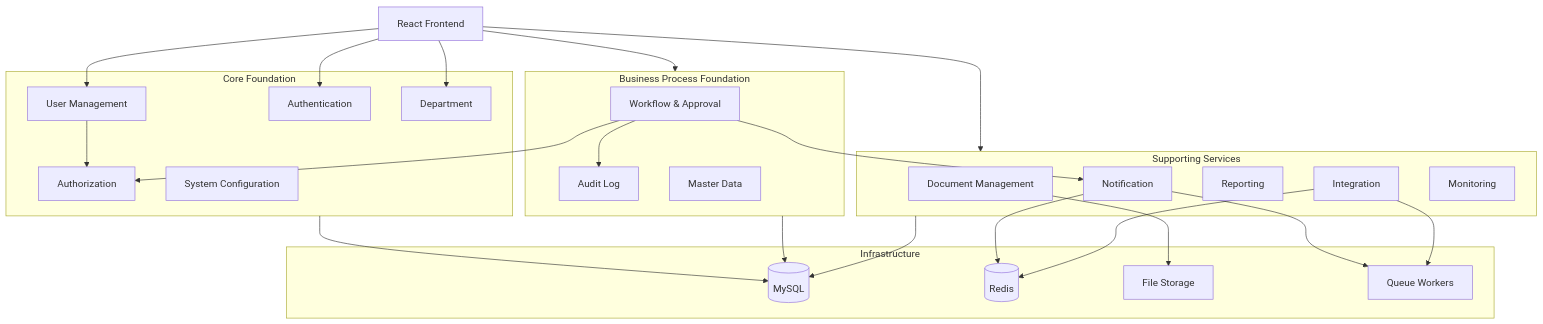
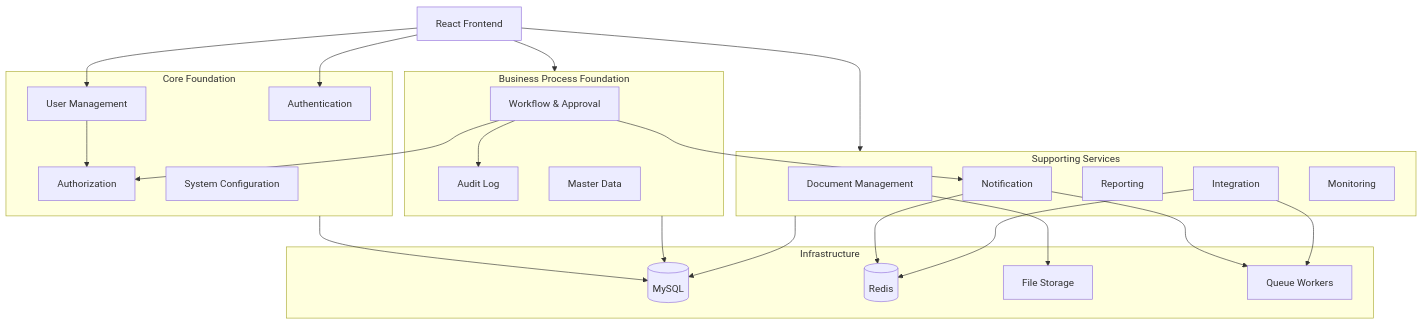
Before and after one commit to AhmadKris/laravel-base: the first of 2 diagrams in docs/MODULE_SPECIFICATION.md, drawn with Mermaid. The commit also changed other lines of this file and 73 other files, not shown here.

````diff
--- a/docs/MODULE_SPECIFICATION.md
+++ b/docs/MODULE_SPECIFICATION.md
@@ -106,55 +105,53 @@
 ```mermaid
 flowchart TB
     Client["React Frontend"]
 
     subgraph Core["Core Foundation"]
         Auth["Authentication"]
         User["User Management"]
         Permission["Authorization"]
-        Org["Department"]
         Config["System Configuration"]
     end
 
     subgraph Business["Business Process Foundation"]
         Workflow["Workflow & Approval"]
         Audit["Audit Log"]
         Master["Master Data"]
     end
 
     subgraph Supporting["Supporting Services"]
         Document["Document Management"]
         Notification["Notification"]
         Reporting["Reporting"]
         Integration["Integration"]
         Monitoring["Monitoring"]
     end
 
     subgraph Infrastructure["Infrastructure"]
         DB[("MySQL")]
         Redis[("Redis")]
         Storage["File Storage"]
         Queue["Queue Workers"]
     end
 
     Client --> Auth
     Client --> User
-    Client --> Org
     Client --> Business
     Client --> Supporting
 
     User --> Permission
     Workflow --> Permission
     Workflow --> Audit
     Workflow --> Notification
 
     Document --> Storage
     Notification --> Queue
     Integration --> Queue
 
     Core --> DB
     Business --> DB
     Supporting --> DB
 
     Notification --> Redis
     Integration --> Redis
 ```
````
